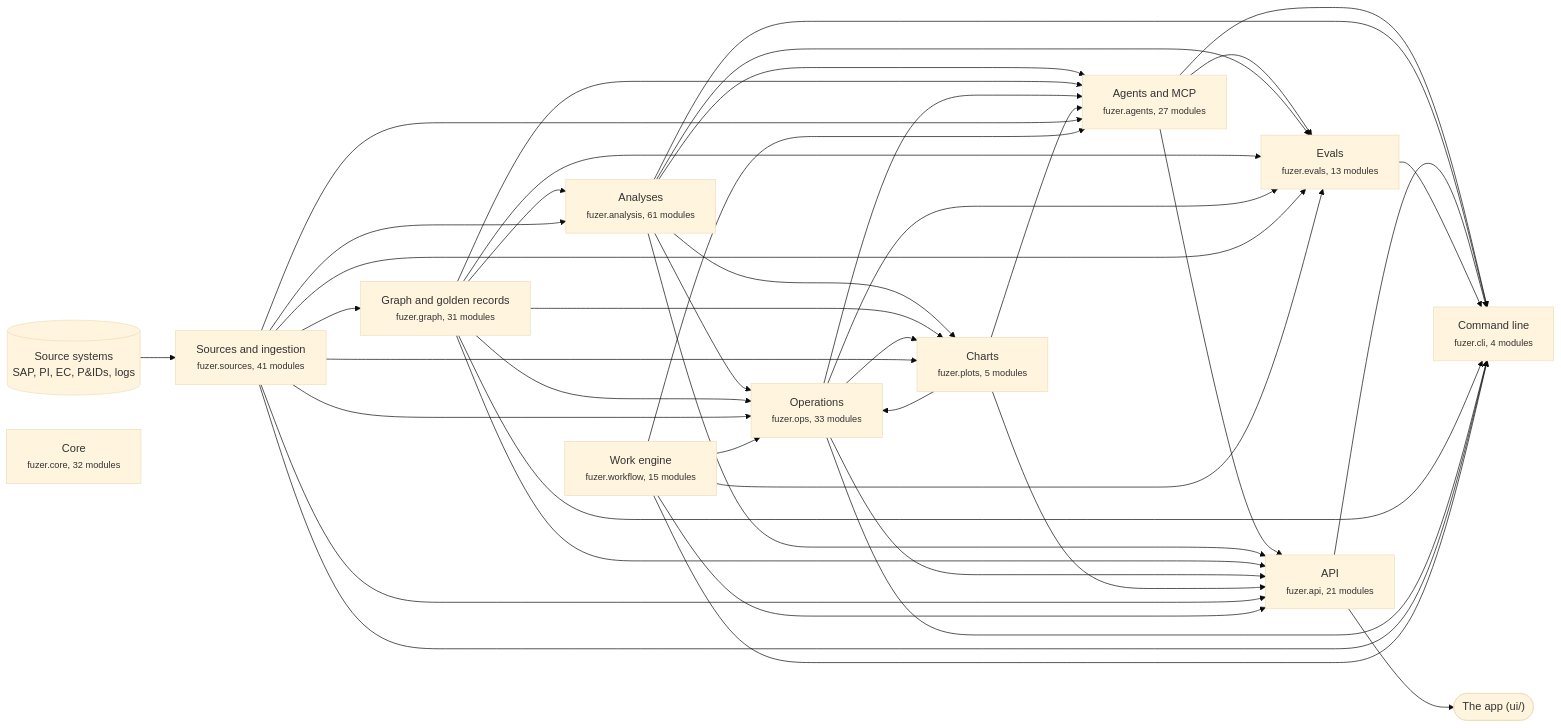
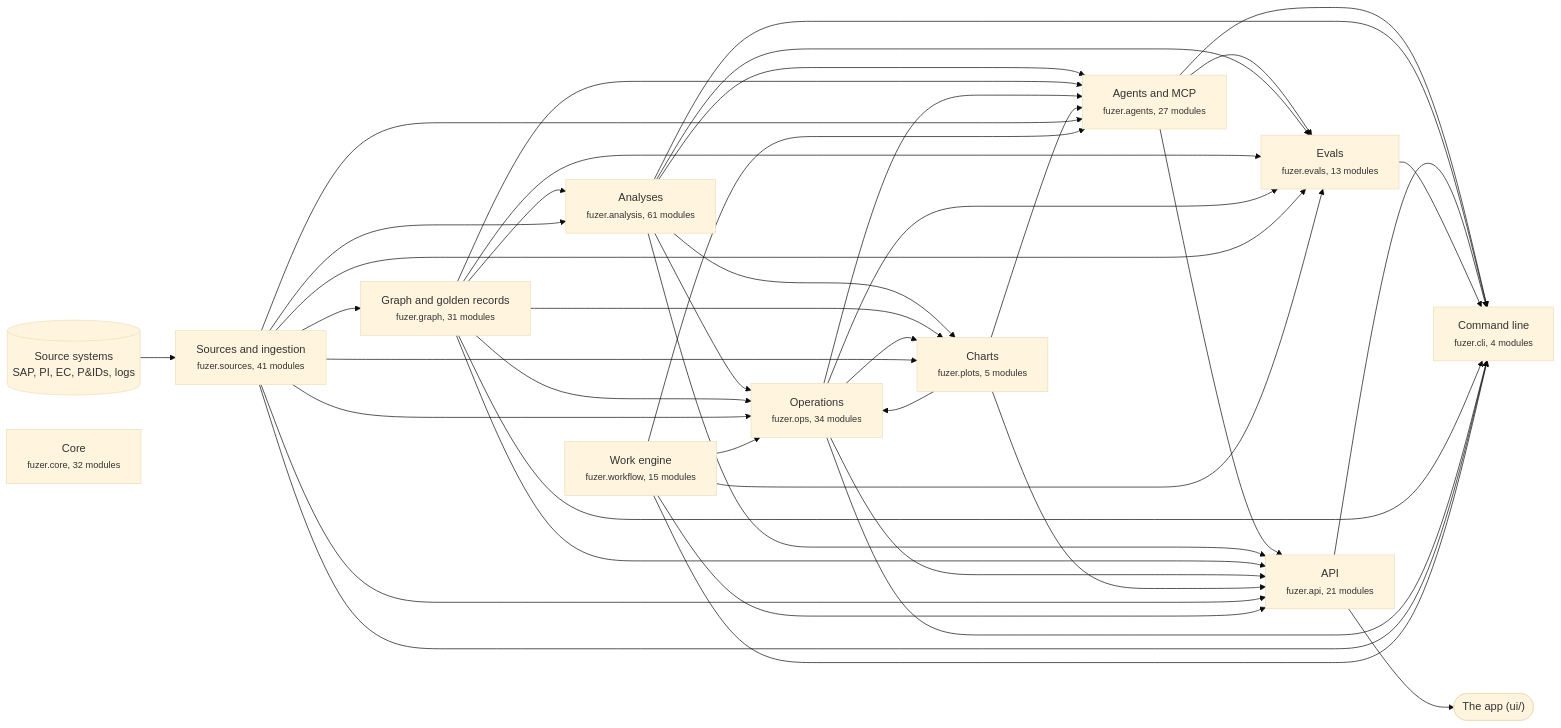
One commit to areed145/fuzer changed the first of 3 diagrams in docs/architecture.md. Above: the diagram before and after it, drawn with Mermaid (base theme). The commit also changed other lines of this file and 6 other files, not shown here.

````diff
--- a/docs/architecture.md
+++ b/docs/architecture.md
@@ -8,67 +8,67 @@
 ```mermaid
 flowchart LR
   systems[("Source systems<br>SAP, PI, EC, P&IDs, logs")] --> c_sources
   app(["The app (ui/)"])
   c_api --> app
   c_sources["Sources and ingestion<br><small>fuzer.sources, 41 modules</small>"]
   c_graph["Graph and golden records<br><small>fuzer.graph, 31 modules</small>"]
   c_analysis["Analyses<br><small>fuzer.analysis, 61 modules</small>"]
-  c_ops["Operations<br><small>fuzer.ops, 33 modules</small>"]
+  c_ops["Operations<br><small>fuzer.ops, 34 modules</small>"]
   c_plots["Charts<br><small>fuzer.plots, 5 modules</small>"]
   c_workflow["Work engine<br><small>fuzer.workflow, 15 modules</small>"]
   c_agents["Agents and MCP<br><small>fuzer.agents, 27 modules</small>"]
   c_evals["Evals<br><small>fuzer.evals, 13 modules</small>"]
   c_api["API<br><small>fuzer.api, 21 modules</small>"]
   c_cli["Command line<br><small>fuzer.cli, 4 modules</small>"]
   c_core["Core<br><small>fuzer.core, 32 modules</small>"]
   c_sources --> c_graph
   c_graph --> c_analysis
   c_sources --> c_analysis
   c_analysis --> c_ops
   c_graph --> c_ops
   c_plots --> c_ops
   c_sources --> c_ops
   c_workflow --> c_ops
   c_analysis --> c_plots
   c_graph --> c_plots
   c_ops --> c_plots
   c_sources --> c_plots
   c_analysis --> c_agents
   c_graph --> c_agents
   c_ops --> c_agents
   c_plots --> c_agents
   c_sources --> c_agents
   c_workflow --> c_agents
   c_agents --> c_evals
   c_analysis --> c_evals
   c_graph --> c_evals
   c_ops --> c_evals
   c_sources --> c_evals
   c_workflow --> c_evals
   c_agents --> c_api
   c_analysis --> c_api
   c_graph --> c_api
   c_ops --> c_api
   c_plots --> c_api
   c_sources --> c_api
   c_workflow --> c_api
   c_agents --> c_cli
   c_analysis --> c_cli
   c_api --> c_cli
   c_evals --> c_cli
   c_graph --> c_cli
   c_ops --> c_cli
   c_sources --> c_cli
   c_workflow --> c_cli
   click c_sources "https://github.com/areed145/fuzer/tree/main/src/fuzer/sources"
   click c_graph "https://github.com/areed145/fuzer/tree/main/src/fuzer/graph"
   click c_analysis "https://github.com/areed145/fuzer/tree/main/src/fuzer/analysis"
   click c_ops "https://github.com/areed145/fuzer/tree/main/src/fuzer/ops"
   click c_plots "https://github.com/areed145/fuzer/tree/main/src/fuzer/plots"
   click c_workflow "https://github.com/areed145/fuzer/tree/main/src/fuzer/workflow"
   click c_agents "https://github.com/areed145/fuzer/tree/main/src/fuzer/agents"
   click c_evals "https://github.com/areed145/fuzer/tree/main/src/fuzer/evals"
   click c_api "https://github.com/areed145/fuzer/tree/main/src/fuzer/api"
   click c_cli "https://github.com/areed145/fuzer/tree/main/src/fuzer/cli"
   click c_core "https://github.com/areed145/fuzer/tree/main/src/fuzer/core"
 ```
````
